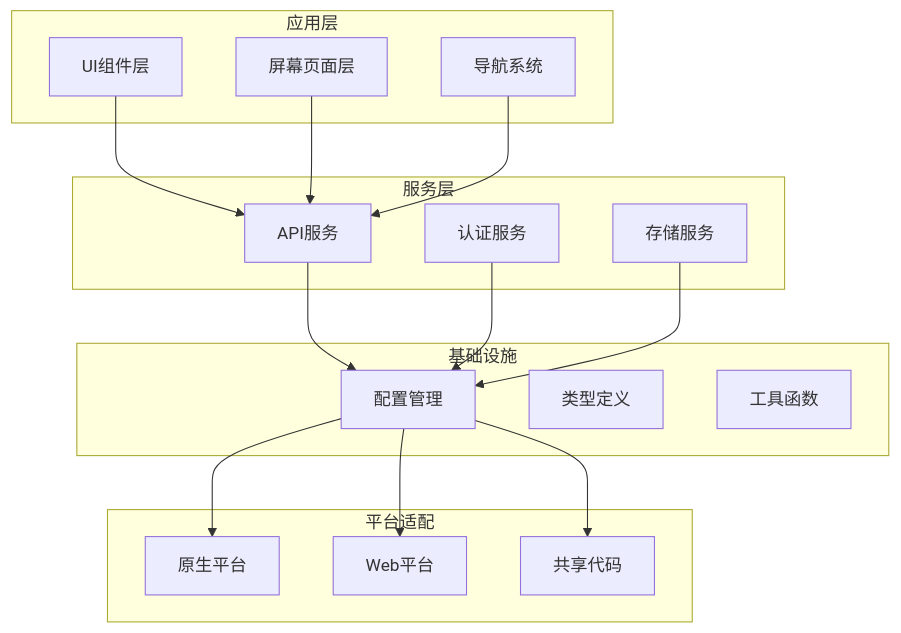
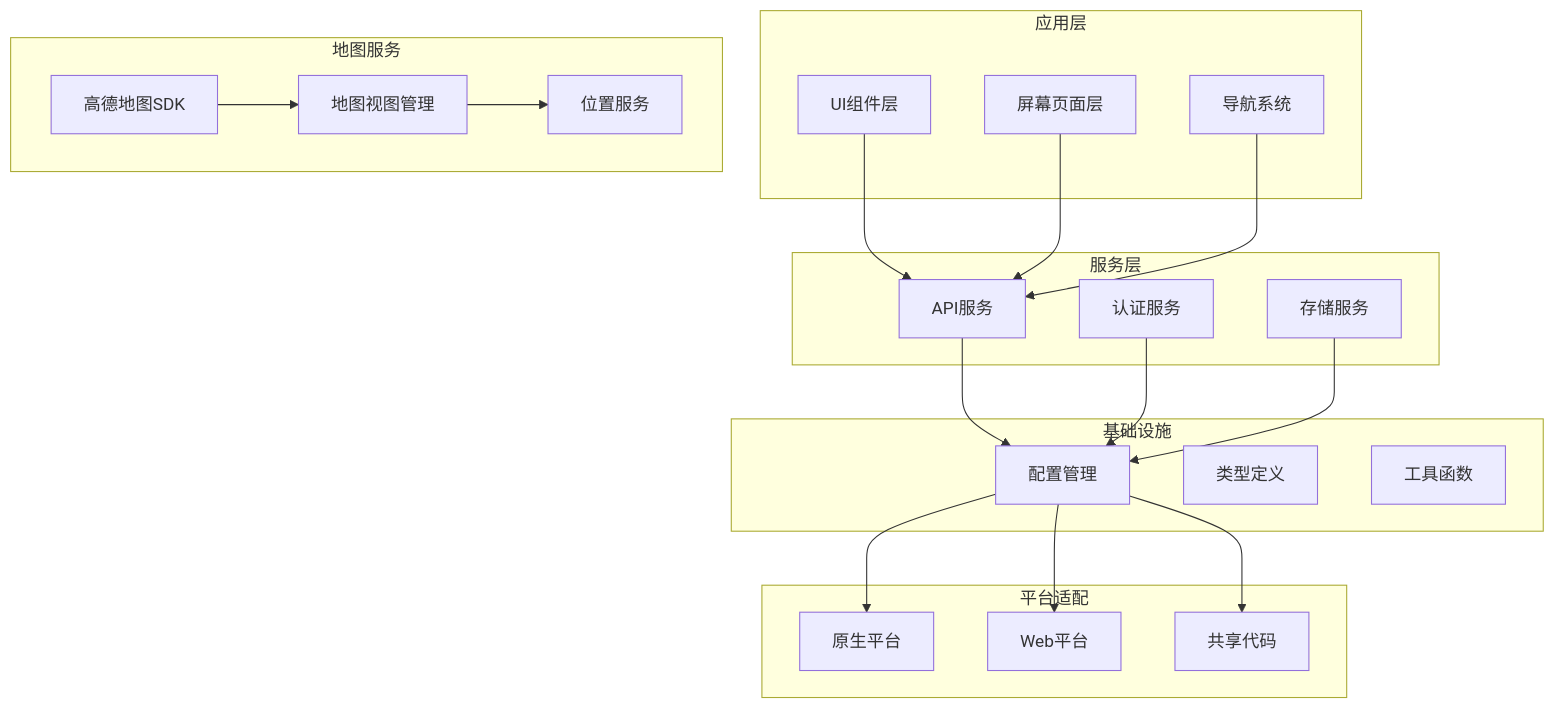
Before and after one commit to yinsw-c2e/drone_Rental_platform_v1: the first of 10 diagrams in .qoder/repowiki/zh/content/移动端应用/移动应用依赖管理.md, drawn with Mermaid. The commit also changed other lines of this file and 23 other files, not shown here.

````diff
--- a/.qoder/repowiki/zh/content/移动端应用/移动应用依赖管理.md
+++ b/.qoder/repowiki/zh/content/移动端应用/移动应用依赖管理.md
@@ -45,32 +55,39 @@
 ```mermaid
 graph TB
 subgraph "应用层"
 A[UI组件层]
 B[屏幕页面层]
 C[导航系统]
 end
 subgraph "服务层"
 D[API服务]
 E[认证服务]
 F[存储服务]
 end
 subgraph "基础设施"
 G[配置管理]
 H[类型定义]
 I[工具函数]
 end
 subgraph "平台适配"
 J[原生平台]
 K[Web平台]
 L[共享代码]
 end
+subgraph "地图服务"
+M[高德地图SDK]
+N[地图视图管理]
+O[位置服务]
+end
 A --> D
 B --> D
 C --> D
 D --> G
 E --> G
 F --> G
 G --> J
 G --> K
 G --> L
+M --> N
+N --> O
 ```
````
